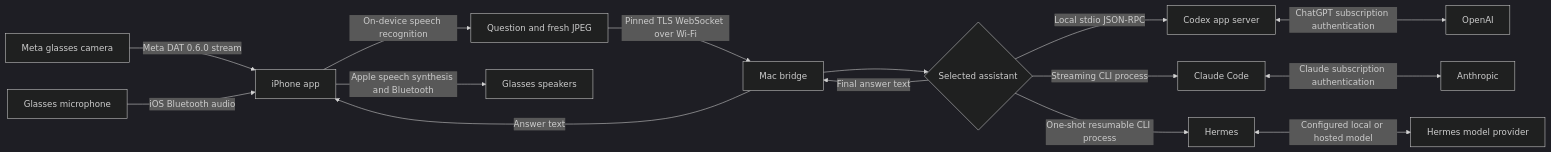
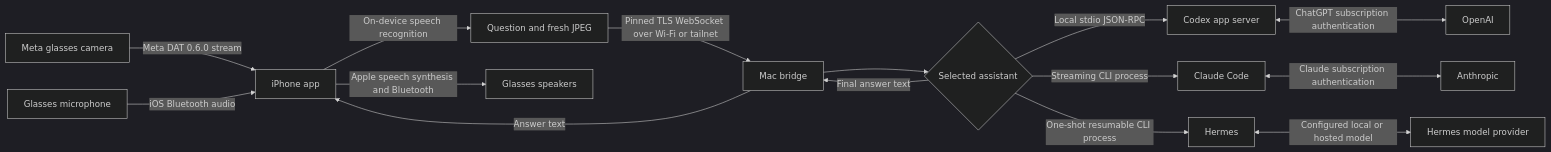
One commit to soothslayer/RayBridge changed the diagram in docs/architecture.md. Above: the diagram before and after it, drawn with Mermaid (dark theme). The commit also changed other lines of this file and 6 other files, not shown here.

````diff
--- a/docs/architecture.md
+++ b/docs/architecture.md
@@ -3,17 +3,17 @@
 ```mermaid
 flowchart LR
     G[Meta glasses camera] -->|Meta DAT 0.6.0 stream| I[iPhone app]
     M[Glasses microphone] -->|iOS Bluetooth audio| I
     I -->|On-device speech recognition| Q[Question and fresh JPEG]
-    Q -->|Pinned TLS WebSocket over Wi-Fi| B[Mac bridge]
+    Q -->|Pinned TLS WebSocket over Wi-Fi or tailnet| B[Mac bridge]
     B --> A{Selected assistant}
     A -->|Local stdio JSON-RPC| C[Codex app server]
     A -->|Streaming CLI process| D[Claude Code]
     A -->|One-shot resumable CLI process| E[Hermes]
     C <-->|ChatGPT subscription authentication| O[OpenAI]
     D <-->|Claude subscription authentication| H[Anthropic]
     E <-->|Configured local or hosted model| L[Hermes model provider]
     A -->|Final answer text| B
     B -->|Answer text| I
     I -->|Apple speech synthesis and Bluetooth| S[Glasses speakers]
 ```
````
